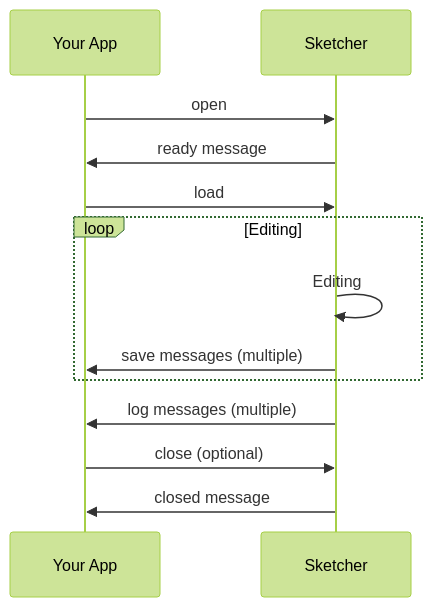
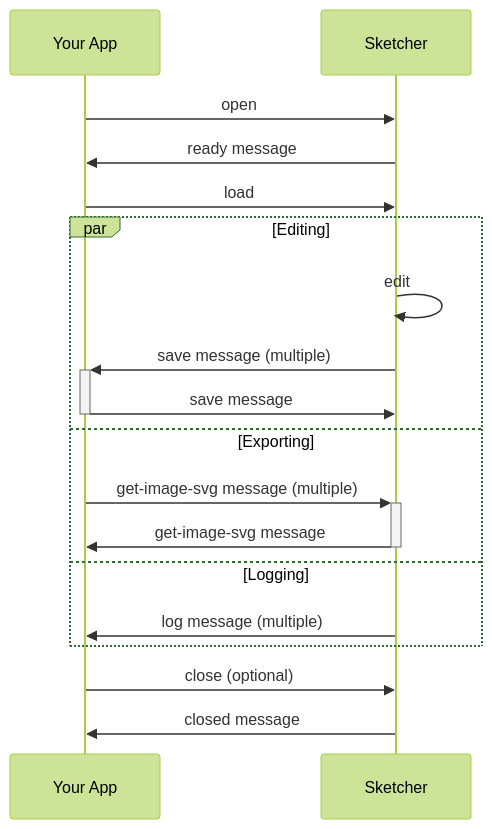
The first of 7 diagrams in docs/integration-guide.md (woolpert-digital-innovations/sketcher-sdk), drawn with Mermaid (forest theme) before and after one commit. The commit also changed other lines of this file and 2 other files, not shown here.

````diff
--- a/docs/integration-guide.md
+++ b/docs/integration-guide.md
@@ -27,15 +27,20 @@
 ```mermaid
 sequenceDiagram
     participant ya as Your App
     participant sk as Sketcher
     ya->>sk: open
     sk->>ya: ready message
     ya->>sk: load
-    loop Editing
-        sk->>sk: Editing
-        sk->>ya: save messages (multiple)
+    par Editing
+        sk->>sk: edit
+        sk->>+ya: save message (multiple)
+        ya->>-sk: save message
+    and Exporting
+        ya->>+sk: get-image-svg message (multiple)
+        sk->>-ya: get-image-svg message
+    and Logging
+        sk ->> ya: log message (multiple)
     end
-    sk ->> ya: log messages (multiple)
     ya ->> sk: close (optional)
     sk ->> ya: closed message
 ```
````
